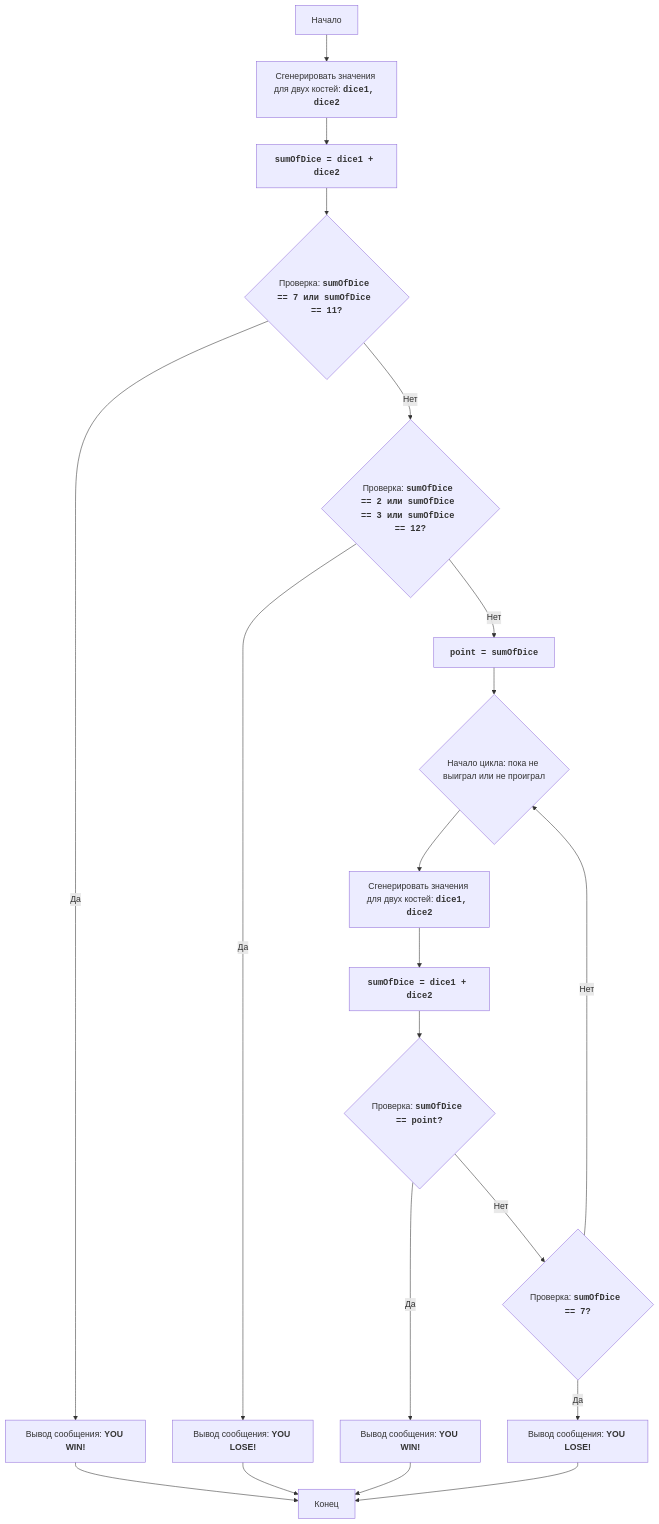
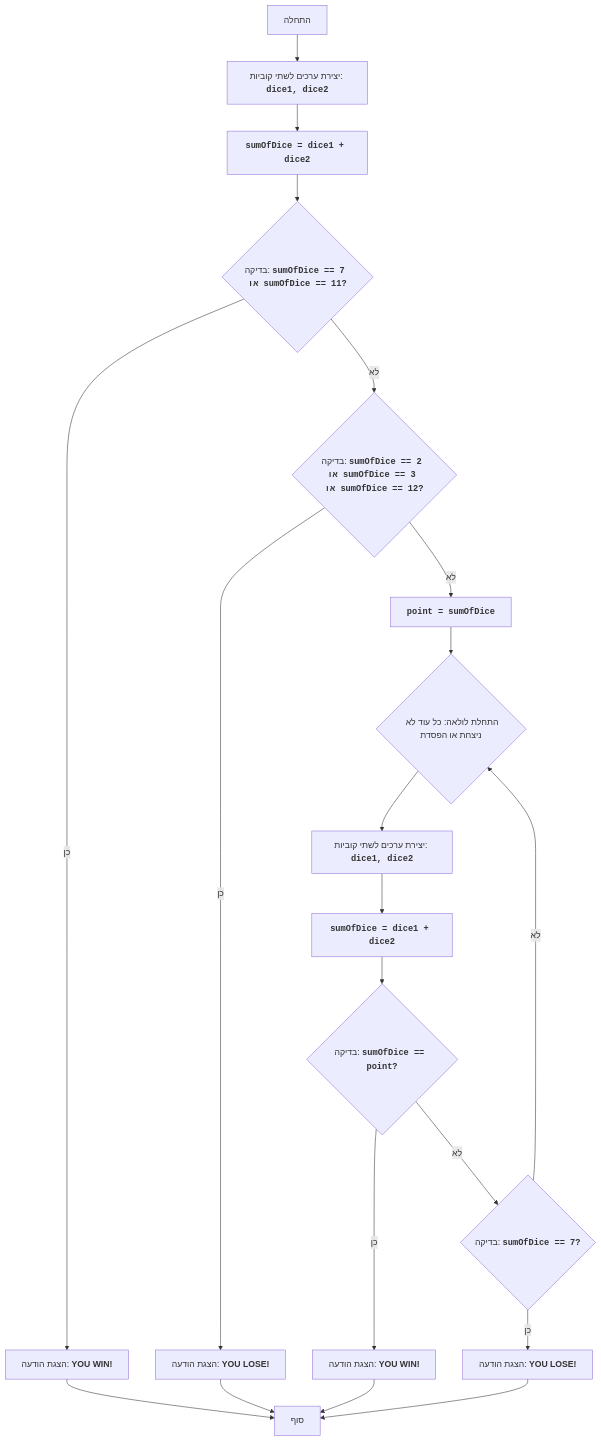
The diagram in docs/gemini/he/doc/src/endpoints/ai_games/101_basic_computer_games/ru/GAMES/CRAPS/README.MD.md (hypo69/hypo), drawn with Mermaid before and after one commit. The commit also changed other lines of this file and 885 other files, not shown here.

````diff
--- a/docs/gemini/he/doc/src/endpoints/ai_games/101_basic_computer_games/ru/GAMES/CRAPS/README.MD.md
+++ b/docs/gemini/he/doc/src/endpoints/ai_games/101_basic_computer_games/ru/GAMES/CRAPS/README.MD.md
@@ -42,22 +34,22 @@
 ```mermaid
 flowchart TD
-    Start["Начало"] --> RollDice1["Сгенерировать значения для двух костей: <code><b>dice1, dice2</b></code>"]
+    Start["התחלה"] --> RollDice1["יצירת ערכים לשתי קוביות: <code><b>dice1, dice2</b></code>"]
     RollDice1 --> CalculateSum1["<code><b>sumOfDice = dice1 + dice2</b></code>"]
-    CalculateSum1 --> CheckWin1{"Проверка: <code><b>sumOfDice == 7 или sumOfDice == 11?</b></code>"}
-    CheckWin1 -- Да --> OutputWin1["Вывод сообщения: <b>YOU WIN!</b>"]
-    OutputWin1 --> End["Конец"]
-    CheckWin1 -- Нет --> CheckLose1{"Проверка: <code><b>sumOfDice == 2 или sumOfDice == 3 или sumOfDice == 12?</b></code>"}
-    CheckLose1 -- Да --> OutputLose1["Вывод сообщения: <b>YOU LOSE!</b>"]
+    CalculateSum1 --> CheckWin1{"בדיקה: <code><b>sumOfDice == 7 או sumOfDice == 11?</b></code>"}
+    CheckWin1 -- כן --> OutputWin1["הצגת הודעה: <b>YOU WIN!</b>"]
+    OutputWin1 --> End["סוף"]
+    CheckWin1 -- לא --> CheckLose1{"בדיקה: <code><b>sumOfDice == 2 או sumOfDice == 3 או sumOfDice == 12?</b></code>"}
+    CheckLose1 -- כן --> OutputLose1["הצגת הודעה: <b>YOU LOSE!</b>"]
     OutputLose1 --> End
-    CheckLose1 -- Нет --> SetPoint["<code><b>point = sumOfDice</b></code>"]
-    SetPoint --> LoopStart{"Начало цикла: пока не выиграл или не проиграл"}
-    LoopStart --> RollDice2["Сгенерировать значения для двух костей: <code><b>dice1, dice2</b></code>"]
+    CheckLose1 -- לא --> SetPoint["<code><b>point = sumOfDice</b></code>"]
+    SetPoint --> LoopStart{"התחלת לולאה: כל עוד לא ניצחת או הפסדת"}
+    LoopStart --> RollDice2["יצירת ערכים לשתי קוביות: <code><b>dice1, dice2</b></code>"]
     RollDice2 --> CalculateSum2["<code><b>sumOfDice = dice1 + dice2</b></code>"]
-     CalculateSum2 --> CheckWin2{"Проверка: <code><b>sumOfDice == point?</b></code>"}
-    CheckWin2 -- Да --> OutputWin2["Вывод сообщения: <b>YOU WIN!</b>"]
+     CalculateSum2 --> CheckWin2{"בדיקה: <code><b>sumOfDice == point?</b></code>"}
+    CheckWin2 -- כן --> OutputWin2["הצגת הודעה: <b>YOU WIN!</b>"]
     OutputWin2 --> End
-    CheckWin2 -- Нет --> CheckLose2{"Проверка: <code><b>sumOfDice == 7?</b></code>"}
-    CheckLose2 -- Да --> OutputLose2["Вывод сообщения: <b>YOU LOSE!</b>"]
+    CheckWin2 -- לא --> CheckLose2{"בדיקה: <code><b>sumOfDice == 7?</b></code>"}
+    CheckLose2 -- כן --> OutputLose2["הצגת הודעה: <b>YOU LOSE!</b>"]
      OutputLose2 --> End
-    CheckLose2 -- Нет --> LoopStart
+    CheckLose2 -- לא --> LoopStart
 ```
````
